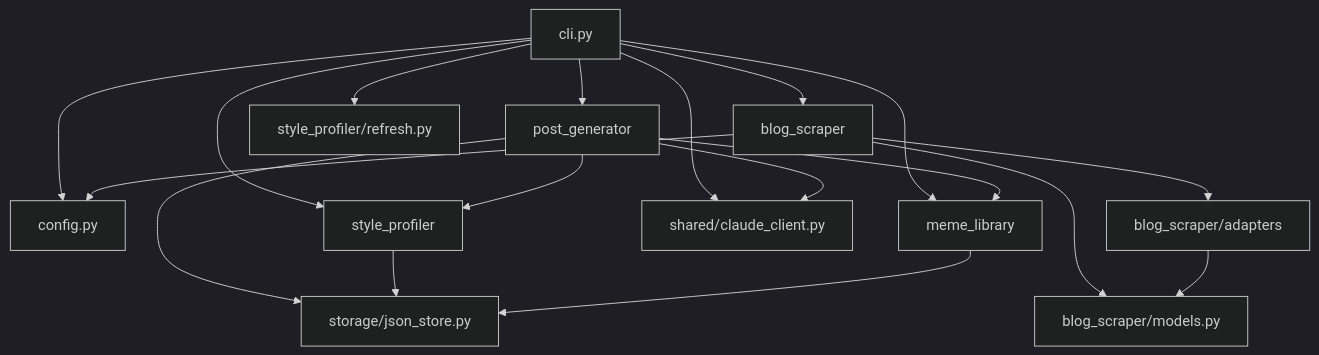
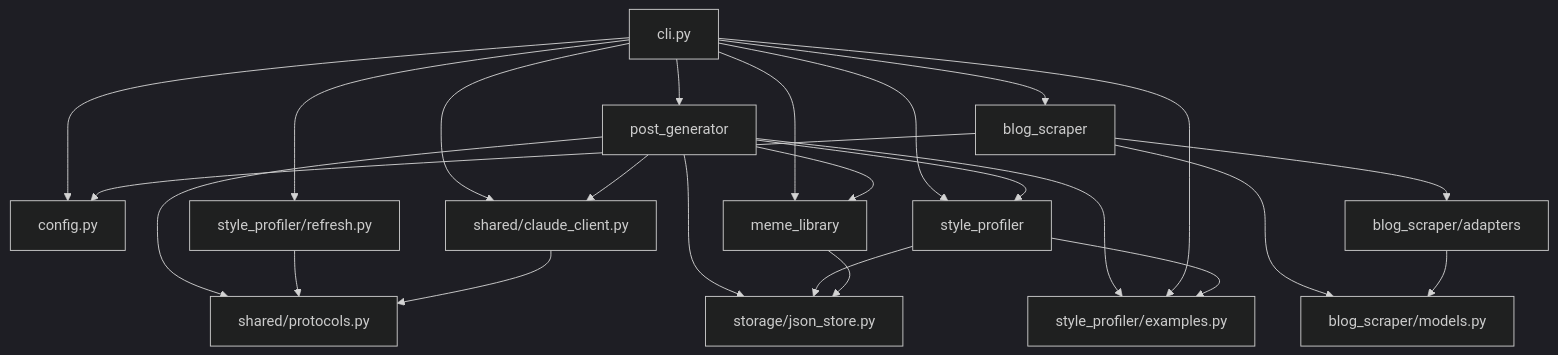
Before and after one commit to Easy-T/naver-blog-bot: the diagram in docs/ai-context/architecture.md, drawn with Mermaid (dark theme). The commit also changed 3 other files, not shown here.

Commit message:
chore: closeout cycle 6 — update architecture graph, glossary, state

````diff
--- a/docs/ai-context/architecture.md
+++ b/docs/ai-context/architecture.md
@@ -8,20 +8,28 @@
 ```mermaid
 graph TD
   cli["cli.py"] --> config["config.py"]
   cli --> post_generator["post_generator"]
   cli --> style_profiler["style_profiler"]
   cli --> meme_library["meme_library"]
   cli --> blog_scraper["blog_scraper"]
   cli --> shared_claude["shared/claude_client.py"]
   cli --> refresh["style_profiler/refresh.py"]
   post_generator --> shared_claude
   post_generator --> storage["storage/json_store.py"]
   post_generator --> style_profiler
   post_generator --> meme_library
   style_profiler --> storage
   meme_library --> storage
   blog_scraper --> config
   blog_scraper --> scraper_adapters["blog_scraper/adapters"]
   blog_scraper --> scraper_models["blog_scraper/models.py"]
   scraper_adapters --> scraper_models
+  protocols["shared/protocols.py"]
+  post_generator --> protocols
+  refresh --> protocols
+  shared_claude --> protocols
+  examples["style_profiler/examples.py"]
+  post_generator --> examples
+  cli --> examples
+  style_profiler --> examples
 ```
````
